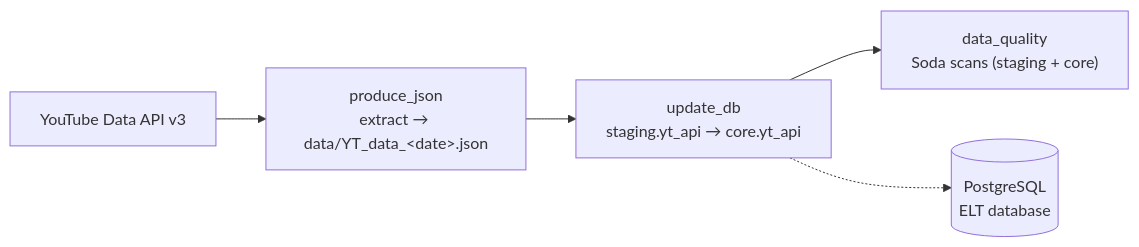
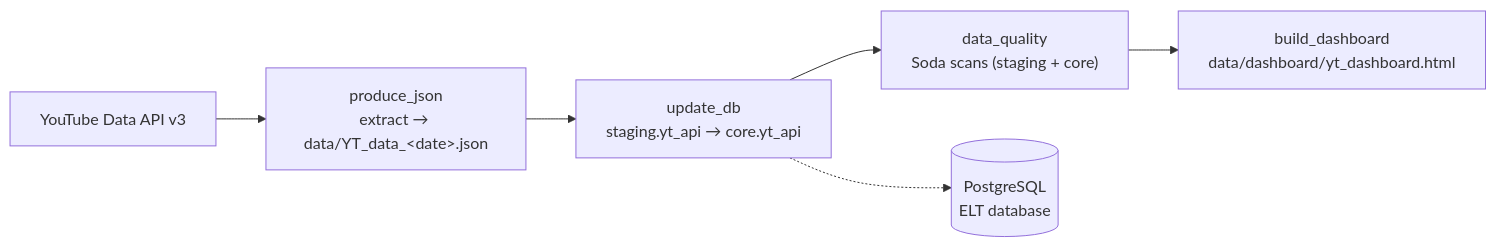
The first of 2 diagrams in README.md (OrlyBarr/YT_ELT), drawn with Mermaid before and after one commit. The commit also changed other lines of this file and 6 other files, not shown here.

````diff
--- a/README.md
+++ b/README.md
@@ -31,7 +32,8 @@
 ```mermaid
 flowchart LR
     A[YouTube Data API v3] --> B["produce_json<br/>extract → data/YT_data_&lt;date&gt;.json"]
     B --> C["update_db<br/>staging.yt_api → core.yt_api"]
     C --> D["data_quality<br/>Soda scans (staging + core)"]
+    D --> E["build_dashboard<br/>data/dashboard/yt_dashboard.html"]
     C -.-> P[(PostgreSQL<br/>ELT database)]
 ```
````
